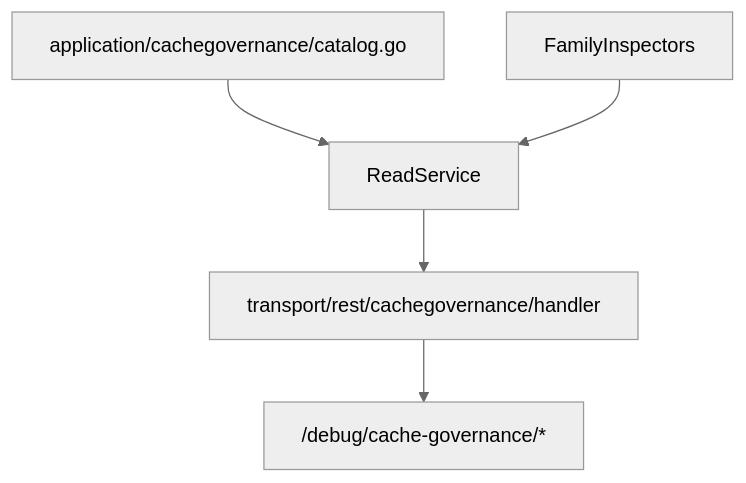
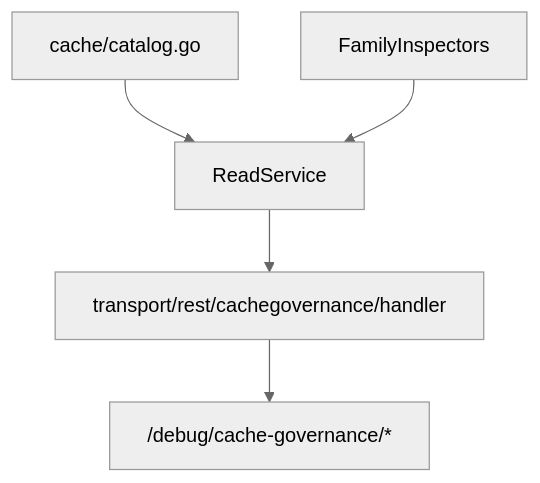
Before and after one commit to FangcunMount/iam: diagram 12 of 13 in docs/00-概览/04-架构设计与模式导览.md, drawn with Mermaid (neutral theme). The commit also changed other lines of this file and 36 other files, not shown here.

````diff
--- a/docs/00-概览/04-架构设计与模式导览.md
+++ b/docs/00-概览/04-架构设计与模式导览.md
@@ -471,13 +471,13 @@
 ```mermaid
 flowchart TD
-    Catalog["application/cachegovernance/catalog.go"]
+    Catalog["cache/catalog.go"]
     Inspectors["FamilyInspectors"]
     ReadService["ReadService"]
     Handler["transport/rest/cachegovernance/handler"]
     Routes["/debug/cache-governance/*"]
 
     Catalog --> ReadService
     Inspectors --> ReadService
     ReadService --> Handler
     Handler --> Routes
 ```
````
